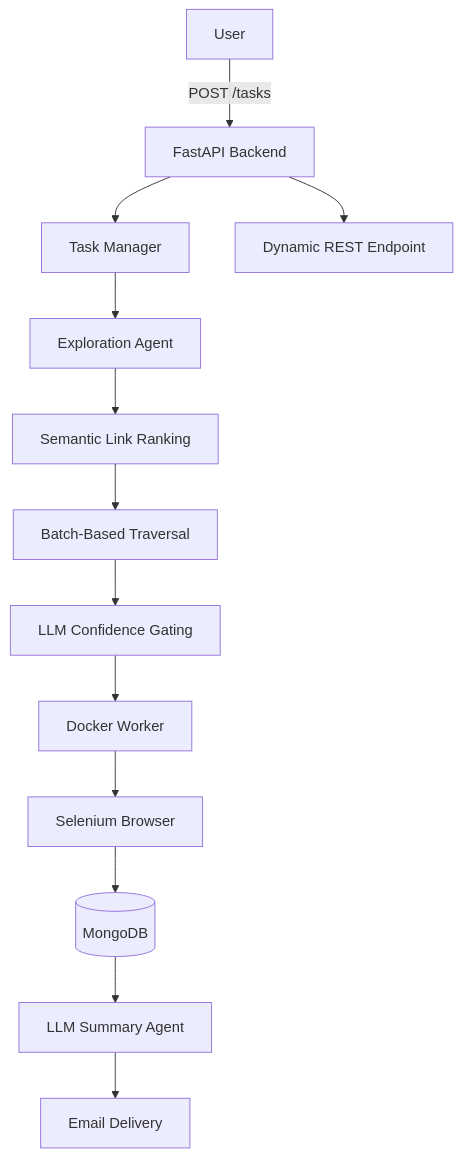
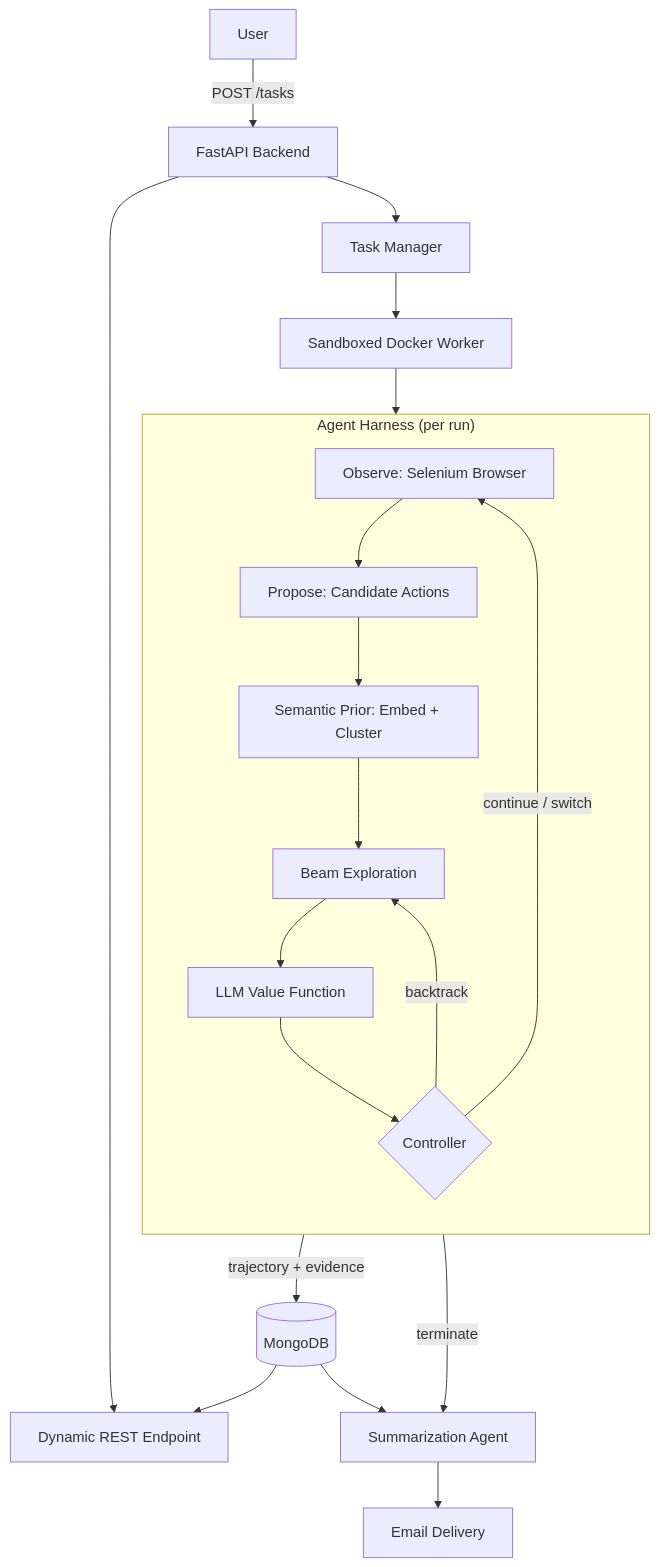
Before and after one commit to Arin101230523/Promptly: the diagram in README.md, drawn with Mermaid. The commit also changed other lines of this file, not shown here.

````diff
--- a/README.md
+++ b/README.md
@@ -160,21 +211,27 @@
 ```mermaid
 flowchart TD
     U[User] -->|POST /tasks| API[FastAPI Backend]
 
     API --> TM[Task Manager]
-    API --> REQ[Dynamic REST Endpoint]
+    API --> EP[Dynamic REST Endpoint]
 
-    TM --> EA[Exploration Agent]
+    TM --> W[Sandboxed Docker Worker]
 
-    EA --> SR[Semantic Link Ranking]
-    SR --> BT[Batch-Based Traversal]
-    BT --> CG[LLM Confidence Gating]
+    subgraph Harness["Agent Harness (per run)"]
+        direction TB
+        OBS[Observe: Selenium Browser] --> PROP[Propose: Candidate Actions]
+        PROP --> RANK[Semantic Prior: Embed + Cluster]
+        RANK --> BEAM[Beam Exploration]
+        BEAM --> VAL[LLM Value Function]
+        VAL --> CTRL{Controller}
+        CTRL -->|continue / switch| OBS
+        CTRL -->|backtrack| BEAM
+    end
 
-    CG --> DW[Docker Worker]
-    DW --> SEL[Selenium Browser]
-
-    SEL --> DB[(MongoDB)]
-
-    DB --> LLM[LLM Summary Agent]
-    LLM --> EMAIL[Email Delivery]
+    W --> Harness
+    Harness -->|trajectory + evidence| DB[(MongoDB)]
+    CTRL -->|terminate| SUM[Summarization Agent]
+    DB --> SUM
+    SUM --> EMAIL[Email Delivery]
+    DB --> EP
 ```
````
